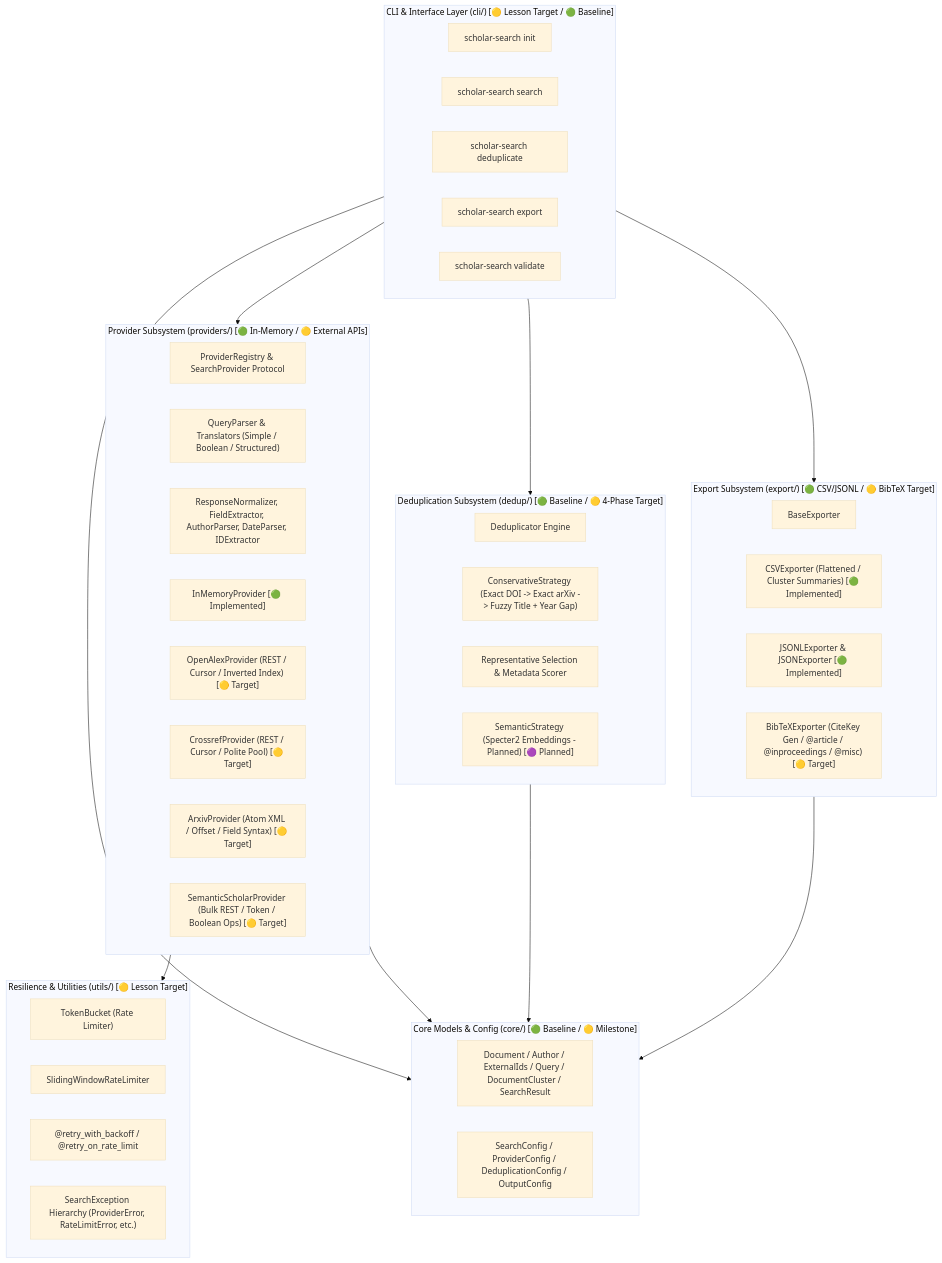
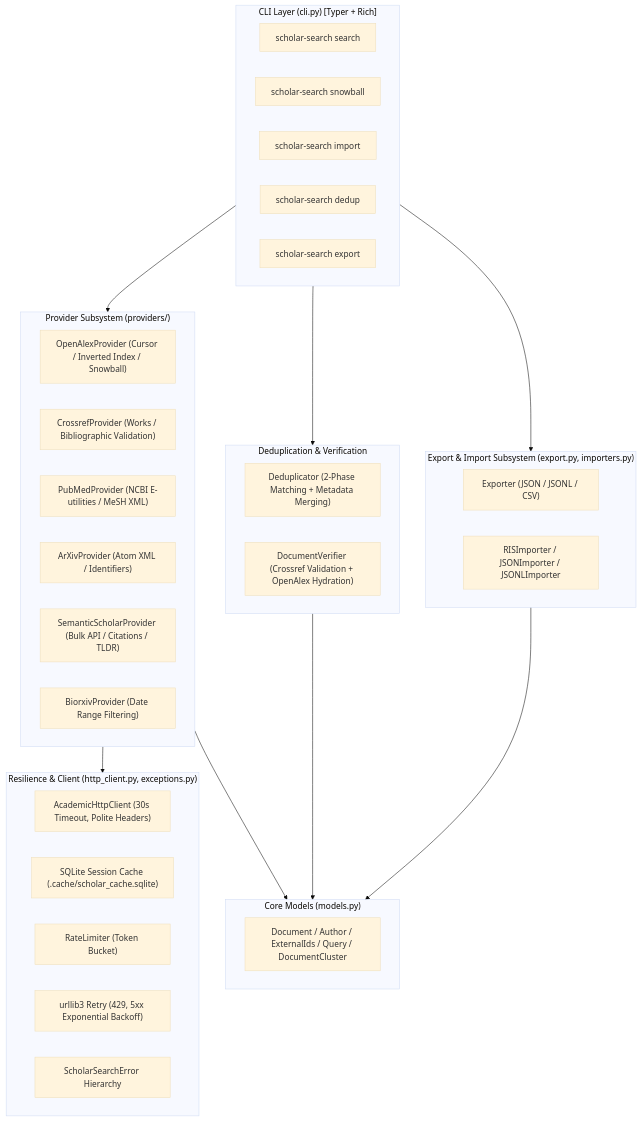
Before and after one commit to nexus-scholar/scholar-search-kit: the diagram in docs/component-specs.md, drawn with Mermaid (base theme). The commit also changed other lines of this file and 137 other files, not shown here.

Commit message:
feat(core): complete overhaul of search engine, verifier, curriculum, presentations, and test suite

````diff
--- a/docs/component-specs.md
+++ b/docs/component-specs.md
@@ -22,56 +9,49 @@
 ```mermaid
 flowchart TD
-    subgraph CLI ["CLI & Interface Layer (cli/) [🟡 Lesson Target / 🟢 Baseline]"]
-        InitCmd["scholar-search init"]
+    subgraph CLI ["CLI Layer (cli.py) [Typer + Rich]"]
         SearchCmd["scholar-search search"]
-        DedupCmd["scholar-search deduplicate"]
+        SnowballCmd["scholar-search snowball"]
+        ImportCmd["scholar-search import"]
+        DedupCmd["scholar-search dedup"]
         ExportCmd["scholar-search export"]
-        ValCmd["scholar-search validate"]
     end
 
-    subgraph Core ["Core Models & Config (core/) [🟢 Baseline / 🟡 Milestone]"]
-        Models["Document / Author / ExternalIds / Query / DocumentCluster / SearchResult"]
-        Config["SearchConfig / ProviderConfig / DeduplicationConfig / OutputConfig"]
+    subgraph Core ["Core Models (models.py)"]
+        Models["Document / Author / ExternalIds / Query / DocumentCluster"]
     end
 
-    subgraph Resilience ["Resilience & Utilities (utils/) [🟡 Lesson Target]"]
-        TokenBucket["TokenBucket (Rate Limiter)"]
-        SlidingWindow["SlidingWindowRateLimiter"]
-        RetryDecorator["@retry_with_backoff / @retry_on_rate_limit"]
-        Exceptions["SearchException Hierarchy (ProviderError, RateLimitError, etc.)"]
+    subgraph Resilience ["Resilience & Client (http_client.py, exceptions.py)"]
+        HTTPClient["AcademicHttpClient (30s Timeout, Polite Headers)"]
+        Cache["SQLite Session Cache (.cache/scholar_cache.sqlite)"]
+        Limiter["RateLimiter (Token Bucket)"]
+        RetryStrat["urllib3 Retry (429, 5xx Exponential Backoff)"]
+        Exceptions["ScholarSearchError Hierarchy"]
     end
 
-    subgraph Providers ["Provider Subsystem (providers/) [🟢 In-Memory / 🟡 External APIs]"]
-        Registry["ProviderRegistry & SearchProvider Protocol"]
-        QueryTranslator["QueryParser & Translators (Simple / Boolean / Structured)"]
-        Normalizer["ResponseNormalizer, FieldExtractor, AuthorParser, DateParser, IDExtractor"]
-        InMemory["InMemoryProvider [🟢 Implemented]"]
-        OpenAlex["OpenAlexProvider (REST / Cursor / Inverted Index) [🟡 Target]"]
-        Crossref["CrossrefProvider (REST / Cursor / Polite Pool) [🟡 Target]"]
-        Arxiv["ArxivProvider (Atom XML / Offset / Field Syntax) [🟡 Target]"]
-        S2["SemanticScholarProvider (Bulk REST / Token / Boolean Ops) [🟡 Target]"]
+    subgraph Providers ["Provider Subsystem (providers/)"]
+        OpenAlex["OpenAlexProvider (Cursor / Inverted Index / Snowball)"]
+        Crossref["CrossrefProvider (Works / Bibliographic Validation)"]
+        PubMed["PubMedProvider (NCBI E-utilities / MeSH XML)"]
+        Arxiv["ArXivProvider (Atom XML / Identifiers)"]
+        S2["SemanticScholarProvider (Bulk API / Citations / TLDR)"]
+        BioRxiv["BiorxivProvider (Date Range Filtering)"]
     end
 
-    subgraph Dedup ["Deduplication Subsystem (dedup/) [🟢 Baseline / 🟡 4-Phase Target]"]
-        Deduplicator["Deduplicator Engine"]
-        Conservative["ConservativeStrategy (Exact DOI -> Exact arXiv -> Fuzzy Title + Year Gap)"]
-        RepSelection["Representative Selection & Metadata Scorer"]
-        Semantic["SemanticStrategy (Specter2 Embeddings - Planned) [🟣 Planned]"]
+    subgraph Dedup ["Deduplication & Verification"]
+        Deduplicator["Deduplicator (2-Phase Matching + Metadata Merging)"]
+        Verifier["DocumentVerifier (Crossref Validation + OpenAlex Hydration)"]
     end
 
-    subgraph Export ["Export Subsystem (export/) [🟢 CSV/JSONL / 🟡 BibTeX Target]"]
-        BaseExporter["BaseExporter"]
-        CSVExp["CSVExporter (Flattened / Cluster Summaries) [🟢 Implemented]"]
-        JSONLExp["JSONLExporter & JSONExporter [🟢 Implemented]"]
-        BibTeXExp["BibTeXExporter (CiteKey Gen / @article / @inproceedings / @misc) [🟡 Target]"]
+    subgraph Export ["Export & Import Subsystem (export.py, importers.py)"]
+        Exporter["Exporter (JSON / JSONL / CSV)"]
+        Importers["RISImporter / JSONImporter / JSONLImporter"]
     end
 
-    CLI --> Core
     CLI --> Providers
     CLI --> Dedup
     CLI --> Export
     Providers --> Resilience
     Providers --> Core
     Dedup --> Core
     Export --> Core
 ```
````
